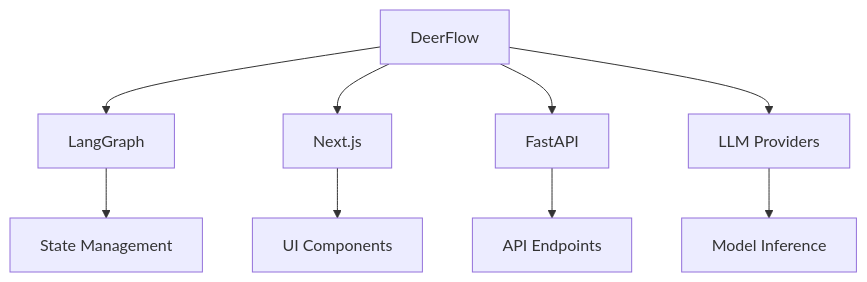
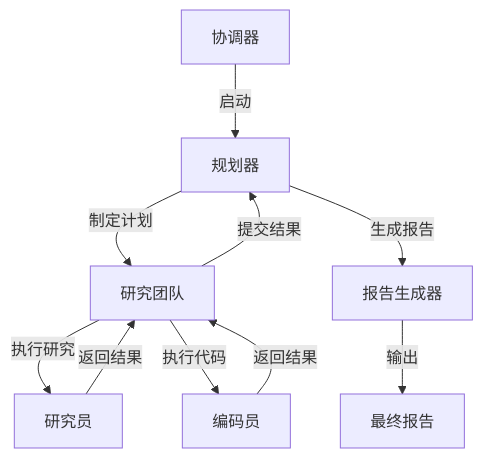
Diagram 11 of 11 in .qoder/repowiki/zh/content/系统概述.md (zhangler1/deer-flow), drawn with Mermaid before and after one commit. The commit also changed other lines of this file and 61 other files, not shown here.

````diff
--- a/.qoder/repowiki/zh/content/系统概述.md
+++ b/.qoder/repowiki/zh/content/系统概述.md
@@ -158,11 +281,12 @@
 ```mermaid
 graph TD
-A[DeerFlow] --> B[LangGraph]
-A --> C[Next.js]
-A --> D[FastAPI]
-A --> E[LLM Providers]
-B --> F[State Management]
-C --> G[UI Components]
-D --> H[API Endpoints]
-E --> I[Model Inference]
+A[协调器] --> |启动| B[规划器]
+B --> |制定计划| C[研究团队]
+C --> |执行研究| D[研究员]
+C --> |执行代码| E[编码员]
+D --> |返回结果| C
+E --> |返回结果| C
+C --> |提交结果| B
+B --> |生成报告| F[报告生成器]
+F --> |输出| G[最终报告]
 ```
````
